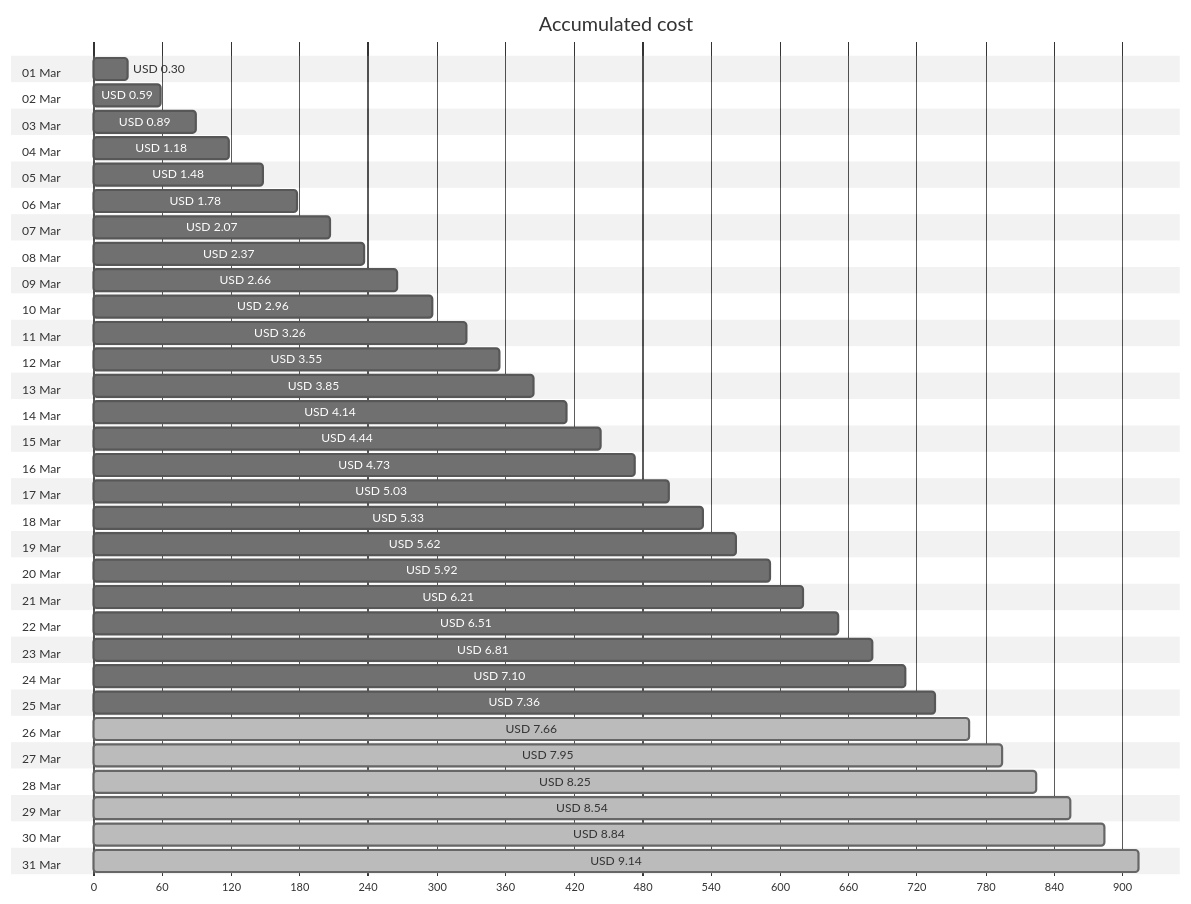
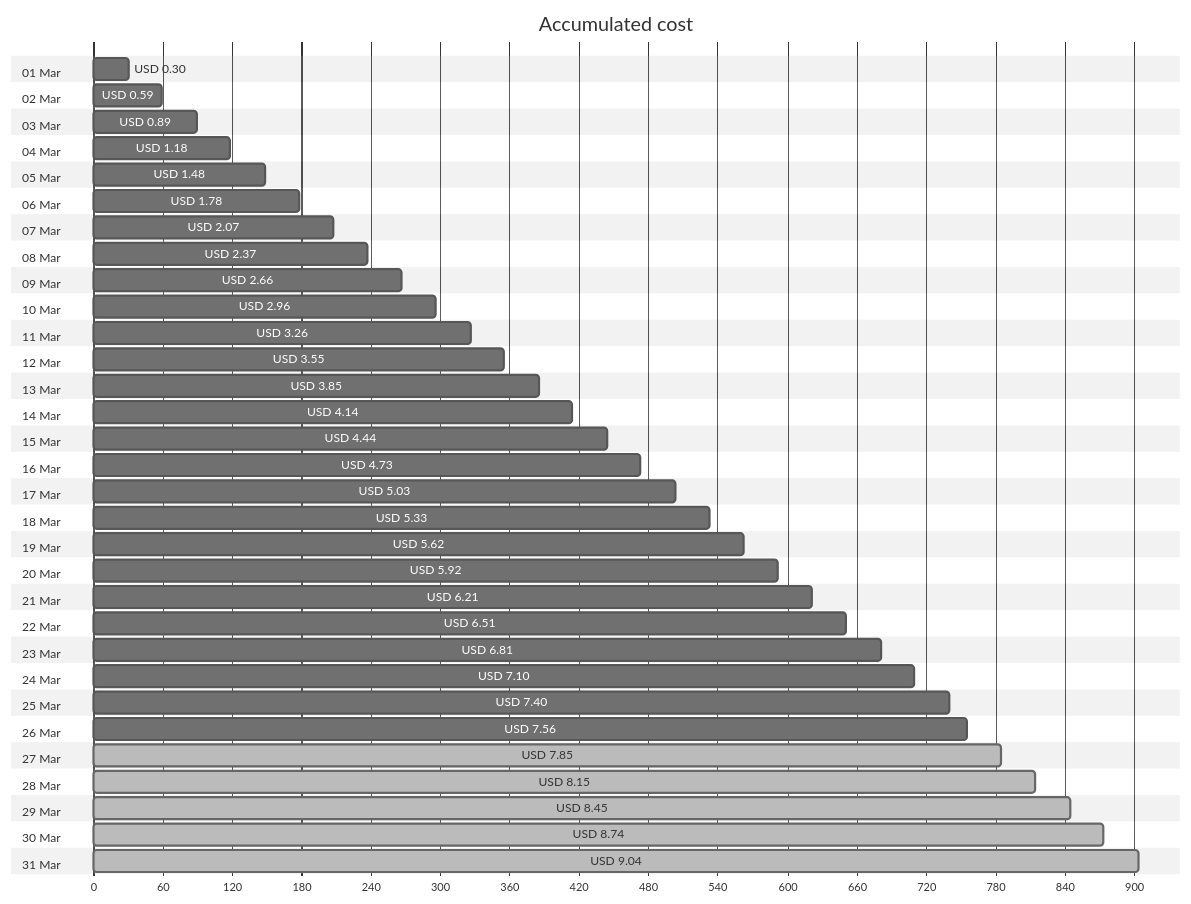
Before and after one commit to jpfulton/azure-personal-reports: the first of 4 diagrams in cost-reports/personal-site/personal-site-preview.md, drawn with Mermaid (neutral theme). The commit also changed other lines of this file and 6 other files, not shown here.

````diff
--- a/cost-reports/personal-site/personal-site-preview.md
+++ b/cost-reports/personal-site/personal-site-preview.md
@@ -20,68 +20,68 @@
 ```mermaid
 gantt
    title Accumulated cost
    dateFormat  X
    axisFormat %s
    section 01 Mar
    USD 0.30 :0, 30
    section 02 Mar
    USD 0.59 :0, 59
    section 03 Mar
    USD 0.89 :0, 89
    section 04 Mar
    USD 1.18 :0, 118
    section 05 Mar
    USD 1.48 :0, 148
    section 06 Mar
    USD 1.78 :0, 178
    section 07 Mar
    USD 2.07 :0, 207
    section 08 Mar
    USD 2.37 :0, 237
    section 09 Mar
    USD 2.66 :0, 266
    section 10 Mar
    USD 2.96 :0, 296
    section 11 Mar
    USD 3.26 :0, 326
    section 12 Mar
    USD 3.55 :0, 355
    section 13 Mar
    USD 3.85 :0, 385
    section 14 Mar
    USD 4.14 :0, 414
    section 15 Mar
    USD 4.44 :0, 444
    section 16 Mar
    USD 4.73 :0, 473
    section 17 Mar
    USD 5.03 :0, 503
    section 18 Mar
    USD 5.33 :0, 533
    section 19 Mar
    USD 5.62 :0, 562
    section 20 Mar
    USD 5.92 :0, 592
    section 21 Mar
    USD 6.21 :0, 621
    section 22 Mar
    USD 6.51 :0, 651
    section 23 Mar
    USD 6.81 :0, 681
    section 24 Mar
    USD 7.10 :0, 710
    section 25 Mar
-   USD 7.36 :0, 736
+   USD 7.40 :0, 740
    section 26 Mar
-   USD 7.66 : done, 0, 766
+   USD 7.56 :0, 756
    section 27 Mar
-   USD 7.95 : done, 0, 795
+   USD 7.85 : done, 0, 785
    section 28 Mar
-   USD 8.25 : done, 0, 825
+   USD 8.15 : done, 0, 815
    section 29 Mar
-   USD 8.54 : done, 0, 854
+   USD 8.45 : done, 0, 845
    section 30 Mar
-   USD 8.84 : done, 0, 884
+   USD 8.74 : done, 0, 874
    section 31 Mar
-   USD 9.14 : done, 0, 914
+   USD 9.04 : done, 0, 904
 ```
````
